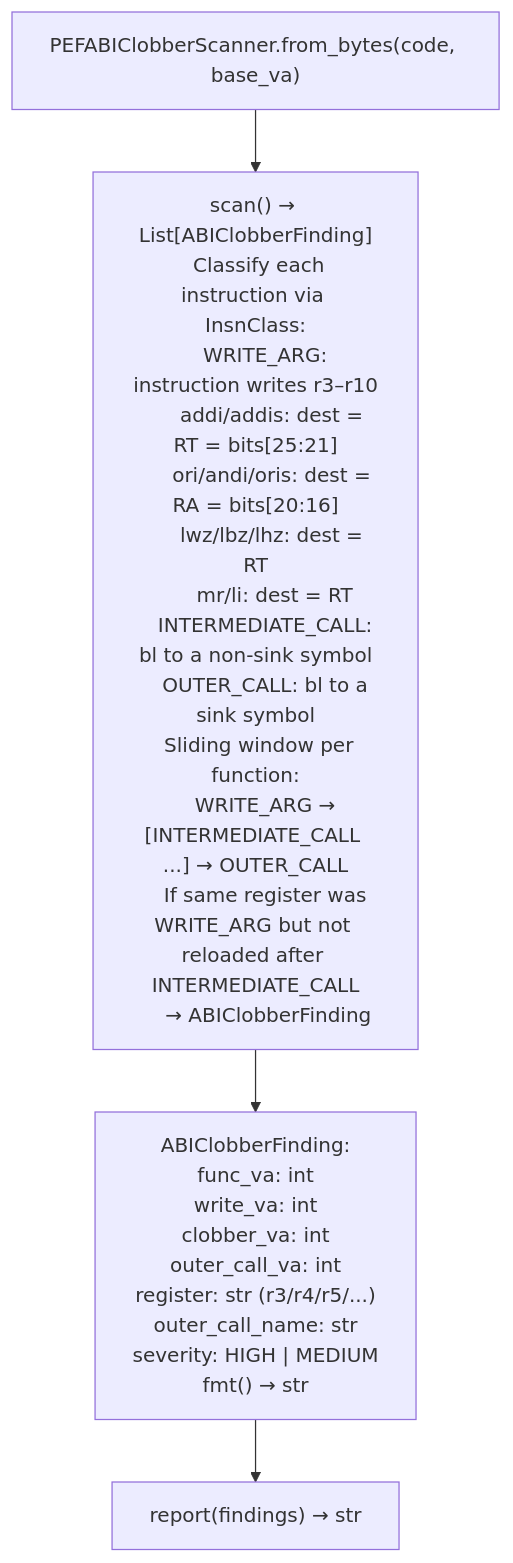
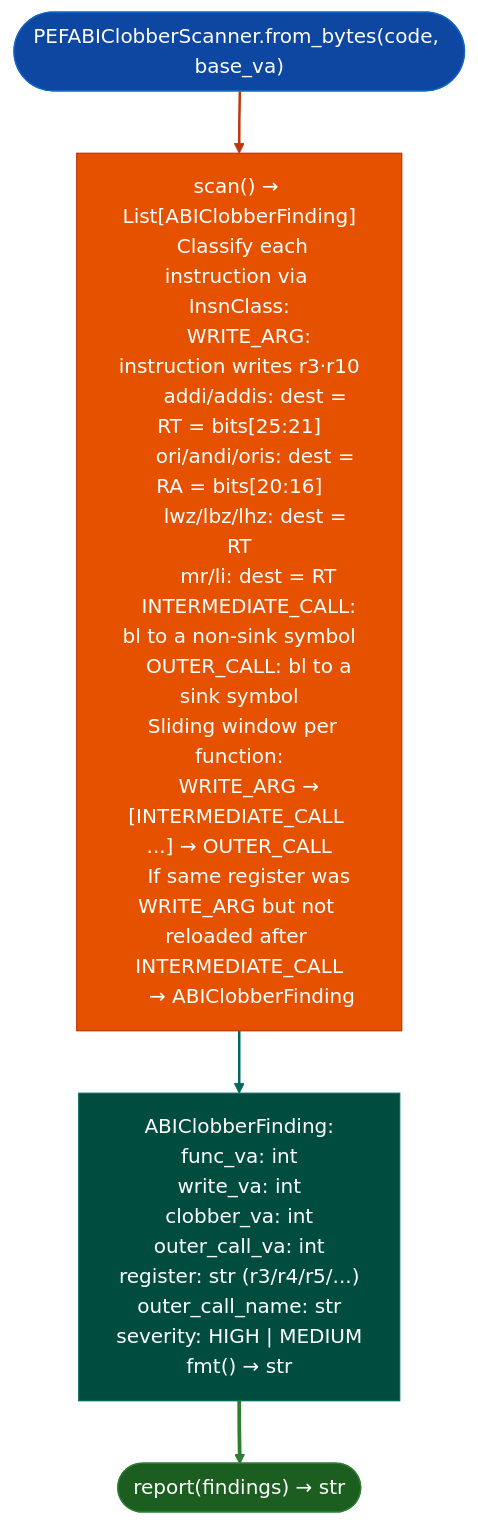
Before and after one commit to Ablation-Tool/ablation: the diagram in docs/reference-modules/ppc32-heap-slot-overflow.md, drawn with Mermaid. The commit also changed 320 other files, not shown here.

First line of the commit message:
docs: apply canonical Mermaid template to all 321 diagrams

````diff
--- a/docs/reference-modules/ppc32-heap-slot-overflow.md
+++ b/docs/reference-modules/ppc32-heap-slot-overflow.md
@@ -19,6 +19,15 @@
 ```mermaid
 flowchart TD
-    A["PEFABIClobberScanner.from_bytes(code, base_va)"] --> B["scan() → List[ABIClobberFinding]\n  Classify each instruction via InsnClass:\n    WRITE_ARG: instruction writes r3–r10\n      addi/addis: dest = RT = bits[25:21]\n      ori/andi/oris: dest = RA = bits[20:16]\n      lwz/lbz/lhz: dest = RT\n      mr/li: dest = RT\n    INTERMEDIATE_CALL: bl to a non-sink symbol\n    OUTER_CALL: bl to a sink symbol\n  Sliding window per function:\n    WRITE_ARG → [INTERMEDIATE_CALL ...] → OUTER_CALL\n    If same register was WRITE_ARG but not reloaded after INTERMEDIATE_CALL\n    → ABIClobberFinding"]
-    B --> C["ABIClobberFinding:\n  func_va: int\n  write_va: int\n  clobber_va: int\n  outer_call_va: int\n  register: str  (r3/r4/r5/...)\n  outer_call_name: str\n  severity: HIGH | MEDIUM\n  fmt() → str"]
-    C --> D["report(findings) → str"]
+    A(["PEFABIClobberScanner.from_bytes(code, base_va)"]):::input --> B["scan() → List[ABIClobberFinding]\n  Classify each instruction via InsnClass:\n    WRITE_ARG: instruction writes r3·r10\n      addi/addis: dest = RT = bits[25:21]\n      ori/andi/oris: dest = RA = bits[20:16]\n      lwz/lbz/lhz: dest = RT\n      mr/li: dest = RT\n    INTERMEDIATE_CALL: bl to a non-sink symbol\n    OUTER_CALL: bl to a sink symbol\n  Sliding window per function:\n    WRITE_ARG → [INTERMEDIATE_CALL ...] → OUTER_CALL\n    If same register was WRITE_ARG but not reloaded after INTERMEDIATE_CALL\n    → ABIClobberFinding"]:::primary
+    B:::primary --> C["ABIClobberFinding:\n  func_va: int\n  write_va: int\n  clobber_va: int\n  outer_call_va: int\n  register: str  (r3/r4/r5/...)\n  outer_call_name: str\n  severity: HIGH | MEDIUM\n  fmt() → str"]:::secondary
+    C:::secondary --> D(["report(findings) → str"]):::output
+    classDef input     fill:#0d47a1,stroke:#1565c0,color:#fff
+    classDef primary   fill:#e65100,stroke:#bf360c,color:#fff
+    classDef secondary fill:#004d40,stroke:#00695c,color:#fff
+    classDef tertiary  fill:#4a148c,stroke:#6a1b9a,color:#fff
+    classDef neutral   fill:#37474f,stroke:#546e7a,color:#fff
+    classDef output    fill:#1b5e20,stroke:#2e7d32,color:#fff
+    linkStyle 0 stroke:#bf360c,stroke-width:2px
+    linkStyle 1 stroke:#00695c,stroke-width:2px
+    linkStyle 2 stroke:#2e7d32,stroke-width:3px
 ```
````
